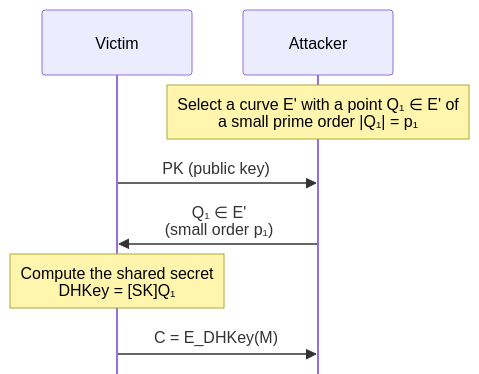
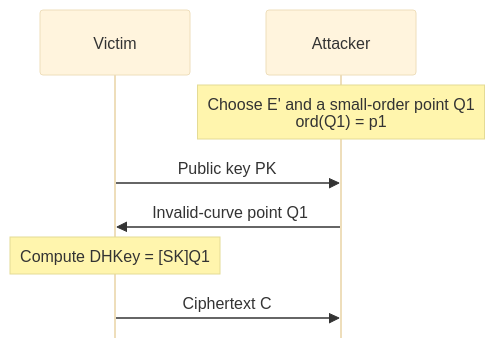
Before and after one commit to LamBieuu/LamBieuu.github.io: the second of 2 diagrams in _posts/2026-09-01-elliptic-curve-cryptography.md, drawn with Mermaid. The commit also changed other lines of this file and 2 other files, not shown here.

````diff
--- a/_posts/2026-09-01-elliptic-curve-cryptography.md
+++ b/_posts/2026-09-01-elliptic-curve-cryptography.md
@@ -379,12 +374,12 @@
 ```mermaid
-%%{ init : { "theme": "default", "sequence": { "mirrorActors": false } } }%%
+%%{ init : { "theme": "base", "sequence": { "mirrorActors": false } } }%%
 sequenceDiagram
     participant Victim
     participant Attacker
 
-    Note over Attacker: Select a curve E' with a point Q₁ ∈ E' of<br>a small prime order |Q₁| = p₁
-    Victim->>Attacker: PK (public key)
-    Attacker->>Victim: Q₁ ∈ E' <br> (small order p₁)
-    Note over Victim: Compute the shared secret<br>DHKey = [SK]Q₁
-    Victim->>Attacker: C = E_DHKey(M)
+    Note over Attacker: Choose E' and a small-order point Q1<br/>ord(Q1) = p1
+    Victim->>Attacker: Public key PK
+    Attacker->>Victim: Invalid-curve point Q1
+    Note over Victim: Compute DHKey = [SK]Q1
+    Victim->>Attacker: Ciphertext C
 ```
````
